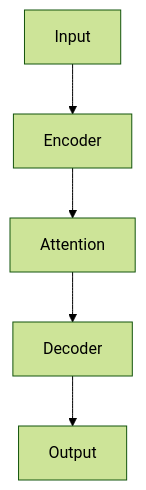
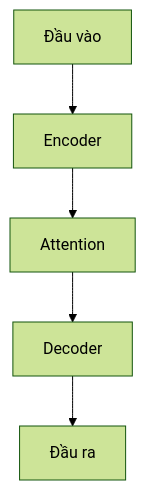
Before and after one commit to sonbkt303/AI_Knowledge: the diagram in .github/agents/smartlearn.agent.md, drawn with Mermaid (forest theme). The commit also changed other lines of this file, not shown here.

````diff
--- a/.github/agents/smartlearn.agent.md
+++ b/.github/agents/smartlearn.agent.md
@@ -102,7 +96,7 @@
-  ```mermaid
-  graph TD
-    A[Input] --> B[Encoder]
-    B --> C[Attention]
-    C --> D[Decoder]
-    D --> E[Output]
-  ```
+```mermaid
+graph TD
+  A[Đầu vào] --> B[Encoder]
+  B --> C[Attention]
+  C --> D[Decoder]
+  D --> E[Đầu ra]
+```
````
